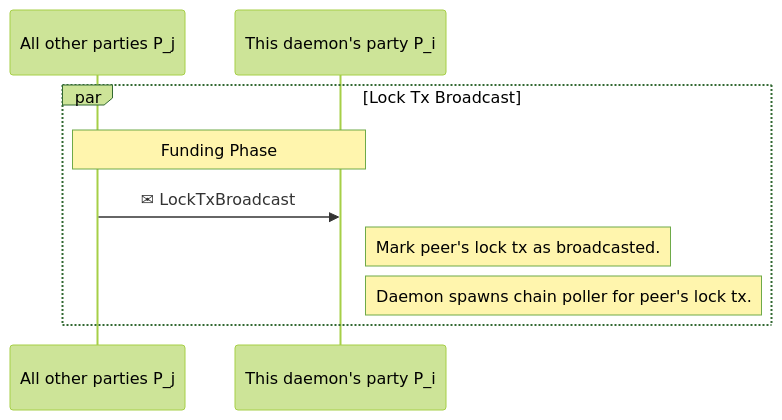
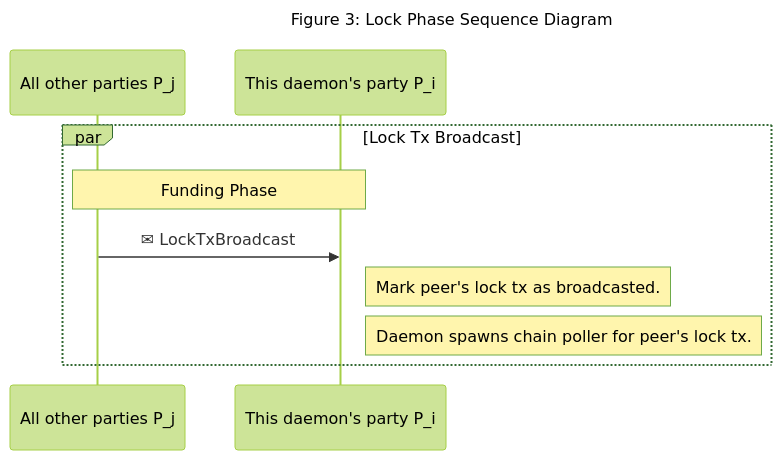
One commit to input-output-hk/cyclic-atomic-swap changed the third of 4 diagrams in docs/arc42/6_rtw.md. Above: the diagram before and after it, drawn with Mermaid (forest theme). The commit also changed other lines of this file and 4 other files, not shown here.

````diff
--- a/docs/arc42/6_rtw.md
+++ b/docs/arc42/6_rtw.md
@@ -348,11 +356,14 @@
 ```mermaid
+---
+title: "Figure 3: Lock Phase Sequence Diagram"
+---
 sequenceDiagram
     par Lock Tx Broadcast
         participant P_j as All other parties P_j
         participant P_i as This daemon's party P_i
         Note over P_j, P_i: Funding Phase
         P_j->>P_i: ✉ LockTxBroadcast
         Note right of P_i: Mark peer's lock tx as broadcasted.
         Note right of P_i: Daemon spawns chain poller for peer's lock tx.
     end
 ```
````
